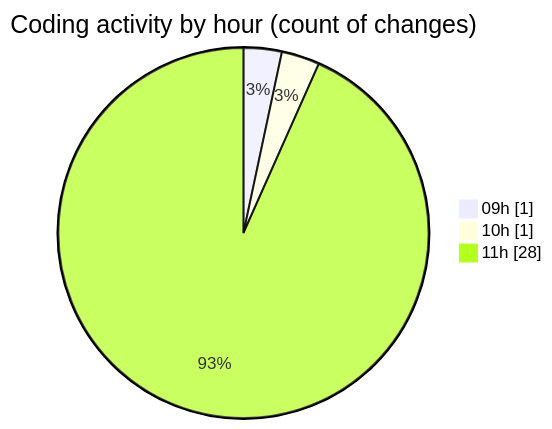
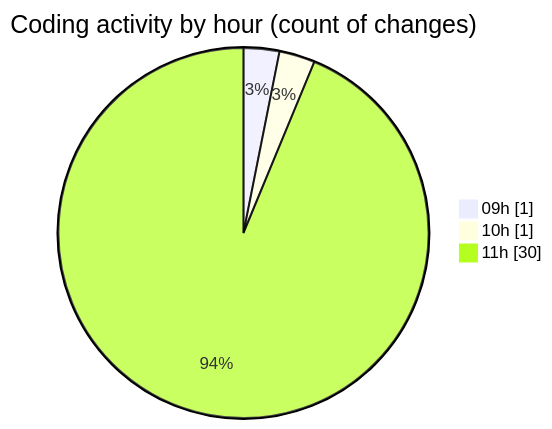
The second of 2 diagrams in 2026-01-28/cda/README.md (momahboobian/code-tracking), drawn with Mermaid before and after one commit. The commit also changed other lines of this file and 1 other file, not shown here.

````diff
--- a/2026-01-28/cda/README.md
+++ b/2026-01-28/cda/README.md
@@ -33,7 +33,7 @@
 ```mermaid
 pie showData
 title Coding activity by hour (count of changes)
 "09h" : 1
 "10h" : 1
-"11h" : 28
+"11h" : 30
 ```
````
